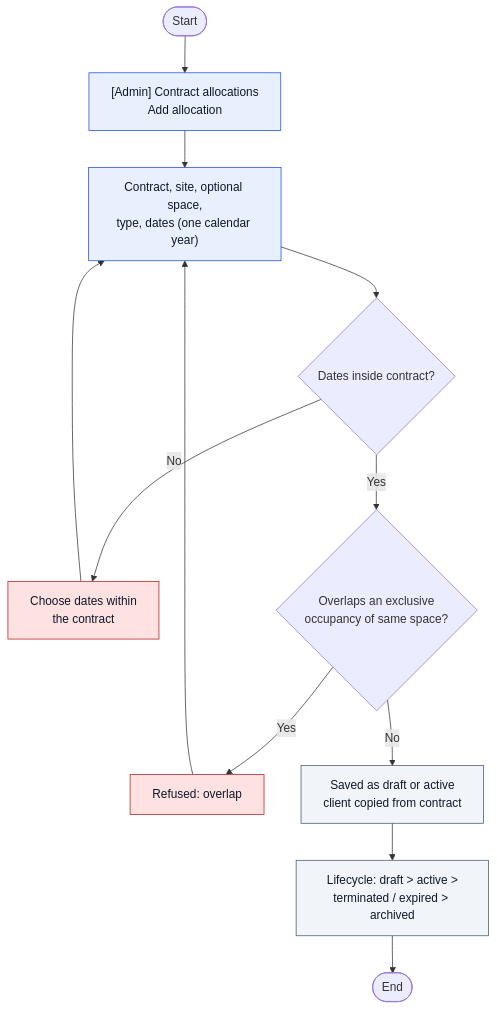
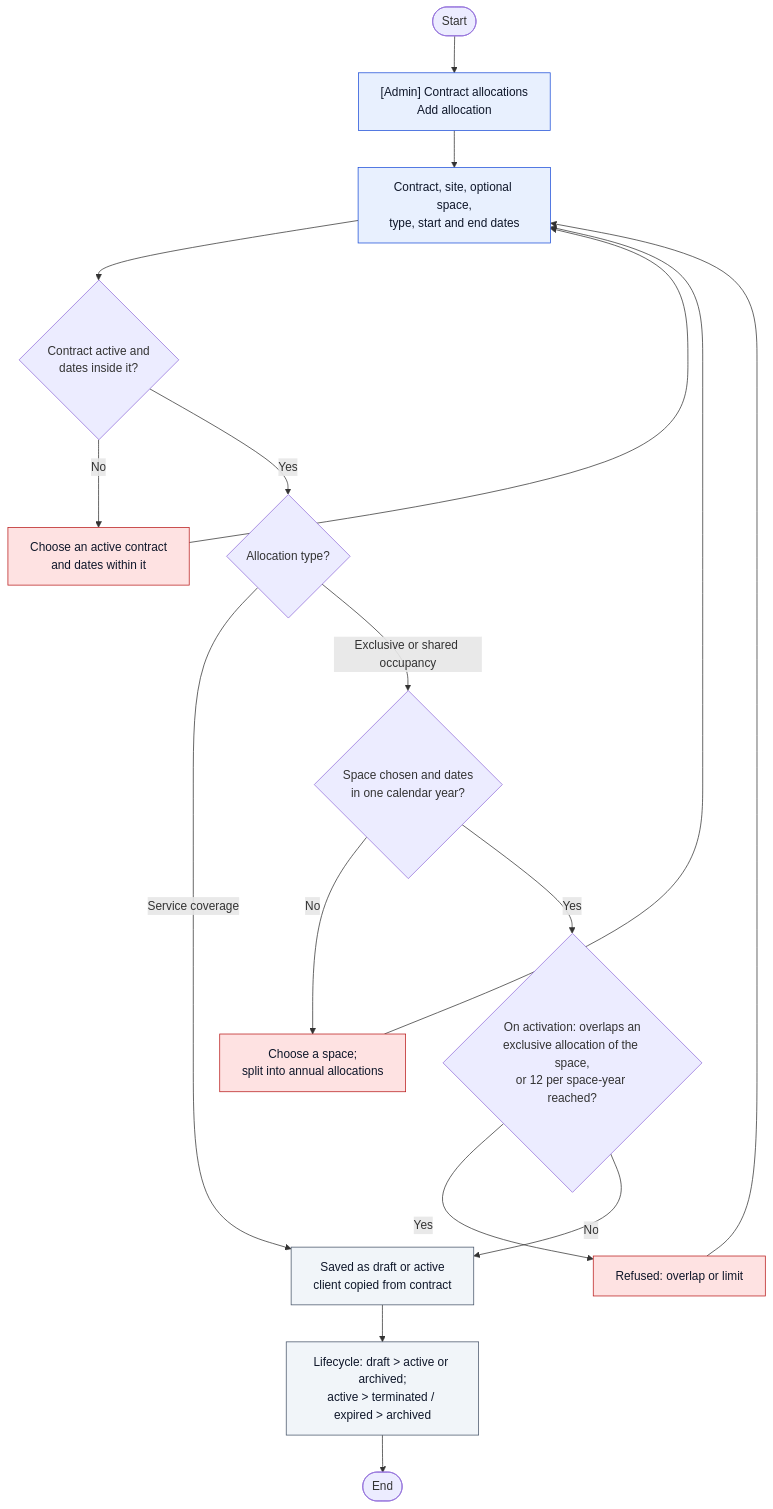
One commit to tsforcetech/FMS changed the diagram in docs/help/diagrams/wf-11.mmd. Above: the diagram before and after it, drawn with Mermaid. The commit also changed 79 other files, not shown here.

First line of the commit message:
Phase 9: workflow diagrams verified against the code (37 corrected)

```diff
--- a/docs/help/diagrams/wf-11.mmd
+++ b/docs/help/diagrams/wf-11.mmd
@@ -1,19 +1,23 @@
 %% title: Contract allocation
 %% articles: clients.allocations,ts.allocation-expired
-%% sources: apps/admin-web/src/management/store.ts,packages/shared/src/allocations.ts,firebase/firestore.rules
+%% sources: apps/admin-web/src/management/store.ts,packages/shared/src/allocations.ts,packages/shared/src/operations.ts,firebase/firestore.rules
 flowchart TD
   S([Start]) --> A["[Admin] Contract allocations<br/>Add allocation"]:::admin
-  A --> B["Contract, site, optional space,<br/>type, dates (one calendar year)"]:::admin
-  B --> C{"Dates inside contract?"}
-  C -- No --> E1["Choose dates within<br/>the contract"]:::stop --> B
-  C -- Yes --> D{"Overlaps an exclusive<br/>occupancy of same space?"}
-  D -- Yes --> E2["Refused: overlap"]:::stop --> B
+  A --> B["Contract, site, optional space,<br/>type, start and end dates"]:::admin
+  B --> C{"Contract active and<br/>dates inside it?"}
+  C -- No --> E1["Choose an active contract<br/>and dates within it"]:::stop --> B
+  C -- Yes --> T{"Allocation type?"}
+  T -- Service coverage --> F
+  T -- Exclusive or shared occupancy --> Y{"Space chosen and dates<br/>in one calendar year?"}
+  Y -- No --> E3["Choose a space;<br/>split into annual allocations"]:::stop --> B
+  Y -- Yes --> D{"On activation: overlaps an<br/>exclusive allocation of the space,<br/>or 12 per space-year reached?"}
+  D -- Yes --> E2["Refused: overlap or limit"]:::stop --> B
   D -- No --> F["Saved as draft or active<br/>client copied from contract"]:::system
-  F --> G["Lifecycle: draft > active ><br/>terminated / expired > archived"]:::system
+  F --> G["Lifecycle: draft > active or archived;<br/>active > terminated / expired > archived"]:::system
   G --> X([End])
   classDef admin fill:#e8f0fe,stroke:#1d4ed8,color:#0f172a
   classDef staff fill:#ecfdf5,stroke:#047857,color:#0f172a
   classDef customer fill:#fdf4ff,stroke:#a21caf,color:#0f172a
   classDef platform fill:#fff7ed,stroke:#c2410c,color:#0f172a
   classDef system fill:#f1f5f9,stroke:#475569,color:#0f172a
   classDef stop fill:#fee2e2,stroke:#b91c1c,color:#0f172a
```
